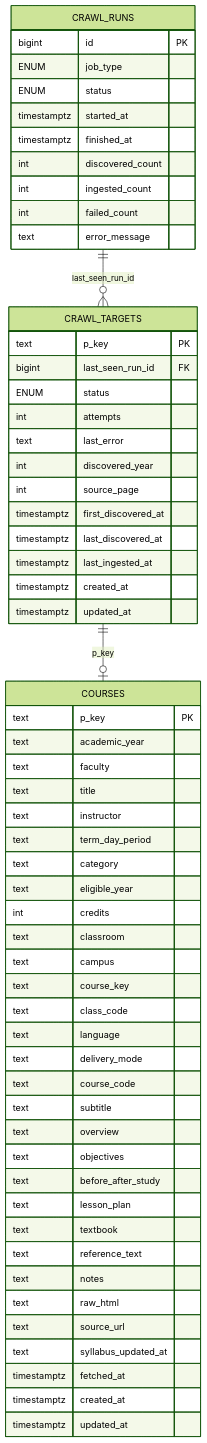
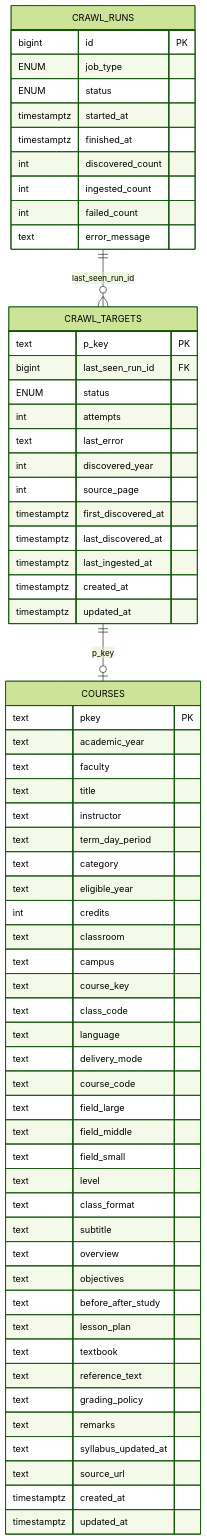
One commit to tsukuneA1/hoge changed the second of 2 diagrams in docs/design/2026-06-07-syllabus-crawler.md. Above: the diagram before and after it, drawn with Mermaid (forest theme).

Commit message:
follow docs

````diff
--- a/docs/design/2026-06-07-syllabus-crawler.md
+++ b/docs/design/2026-06-07-syllabus-crawler.md
@@ -164,68 +164,74 @@
 ```mermaid
 erDiagram
     CRAWL_RUNS ||--o{ CRAWL_TARGETS : "last_seen_run_id"
     CRAWL_TARGETS ||--o| COURSES : "p_key"
 
     CRAWL_RUNS {
         bigint id PK
         ENUM job_type
         ENUM status
         timestamptz started_at
         timestamptz finished_at
         int discovered_count
         int ingested_count
         int failed_count
         text error_message
     }
 
     CRAWL_TARGETS {
         text p_key PK
         bigint last_seen_run_id FK
         ENUM status
         int attempts
         text last_error
         int discovered_year
         int source_page
 
         timestamptz first_discovered_at
         timestamptz last_discovered_at
         timestamptz last_ingested_at
         timestamptz created_at
         timestamptz updated_at
     }
 
     COURSES {
-        text p_key PK
+        text pkey PK
+
         text academic_year
         text faculty
         text title
         text instructor
         text term_day_period
         text category
         text eligible_year
         int credits
         text classroom
         text campus
         text course_key
         text class_code
         text language
         text delivery_mode
         text course_code
 
+        text field_large
+        text field_middle
+        text field_small
+        text level
+        text class_format
+
         text subtitle
         text overview
         text objectives
         text before_after_study
         text lesson_plan
         text textbook
         text reference_text
-        text notes
+        text grading_policy
+        text remarks
+        text syllabus_updated_at
 
-        text raw_html
         text source_url
-        text syllabus_updated_at
-        timestamptz fetched_at
         timestamptz created_at
         timestamptz updated_at
     }
 ```
````
